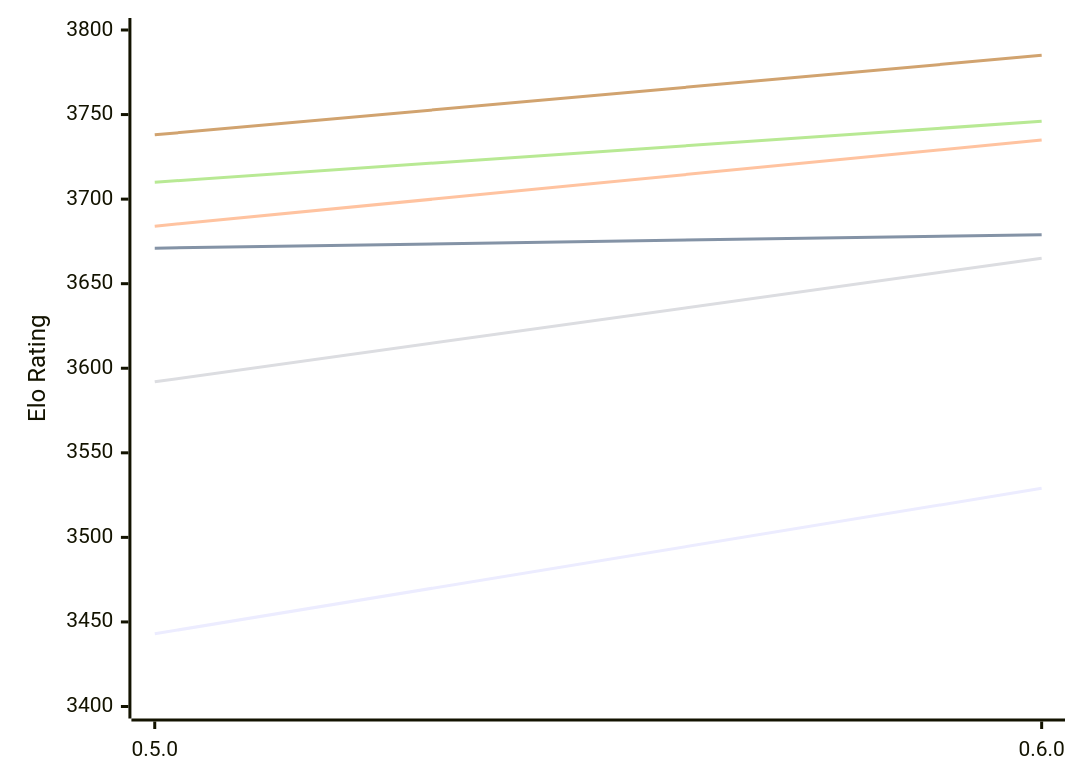
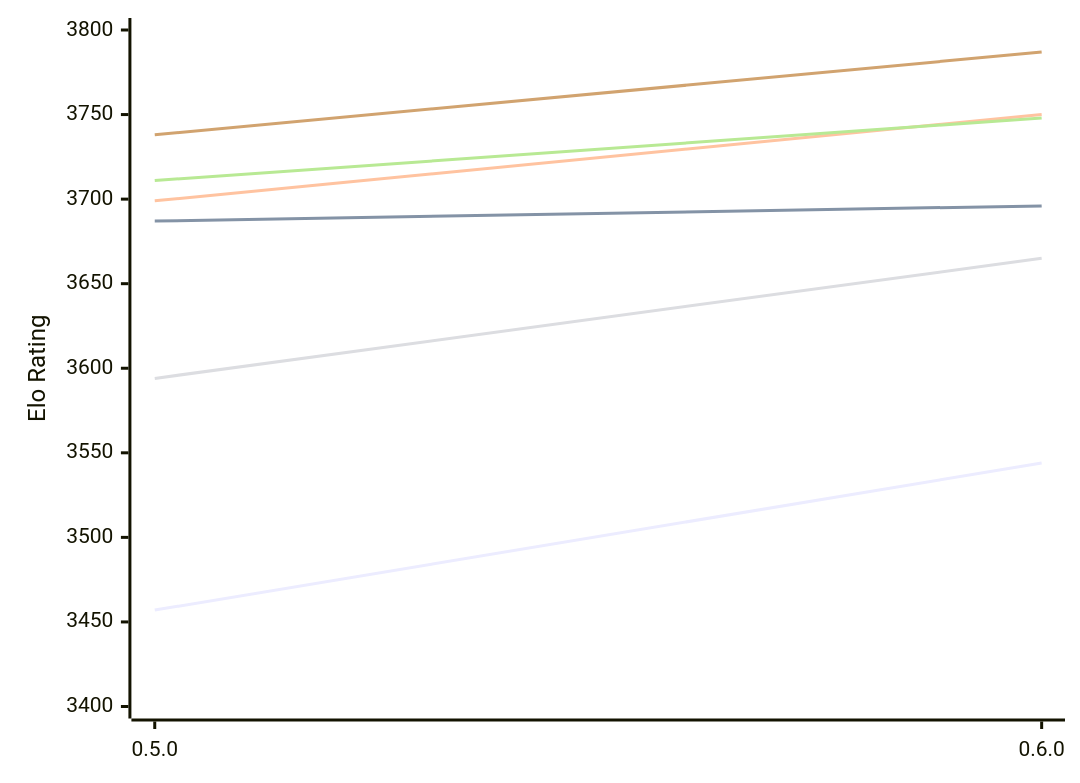
One commit to computer-chess-index/cci changed the diagram in engines/Incipit.md. Above: the diagram before and after it, drawn with Mermaid. The commit also changed other lines of this file, not shown here.

Commit message:
Update CCI Ratings (ELO VLTC) - 2026-11-11

````diff
--- a/engines/Incipit.md
+++ b/engines/Incipit.md
@@ -49,12 +49,12 @@
 ```mermaid
 %%{init: {"theme":"base","themeVariables":{"seriesColors:['#a3a3a3','#222221','#faa371']}}}%%
 xychart-beta
   x-axis ["0.5.0", "0.6.0"]
   y-axis "Elo Rating" 3400 --> 3800
-  line "E1: STC (8.0+0.08s)" [3443, 3529]
-  line "E1: LTC (60.0+0.60s)" [3671, 3679]
-  line "E1: VLTC (2m24s+1.12s)" [3684, 3735]
-  line "P1: STC (8.0+0.08s)" [3592, 3665]
-  line "P1: LTC (60.0+0.60s)" [3710, 3746]
-  line "P1: VLTC (2m24s+1.12s)" [3738, 3785]
+  line "E1: STC (8.0+0.08s)" [3457, 3544]
+  line "E1: LTC (60.0+0.60s)" [3687, 3696]
+  line "E1: VLTC (2m24s+1.12s)" [3699, 3750]
+  line "P1: STC (8.0+0.08s)" [3594, 3665]
+  line "P1: LTC (60.0+0.60s)" [3711, 3748]
+  line "P1: VLTC (2m24s+1.12s)" [3738, 3787]
 ```
````
